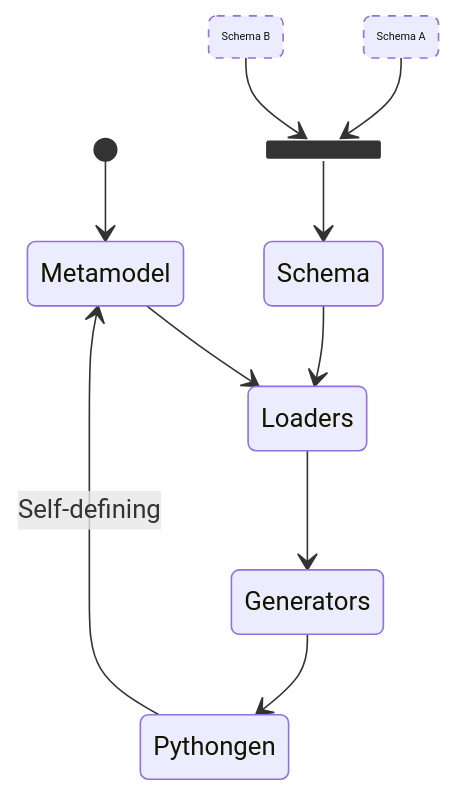
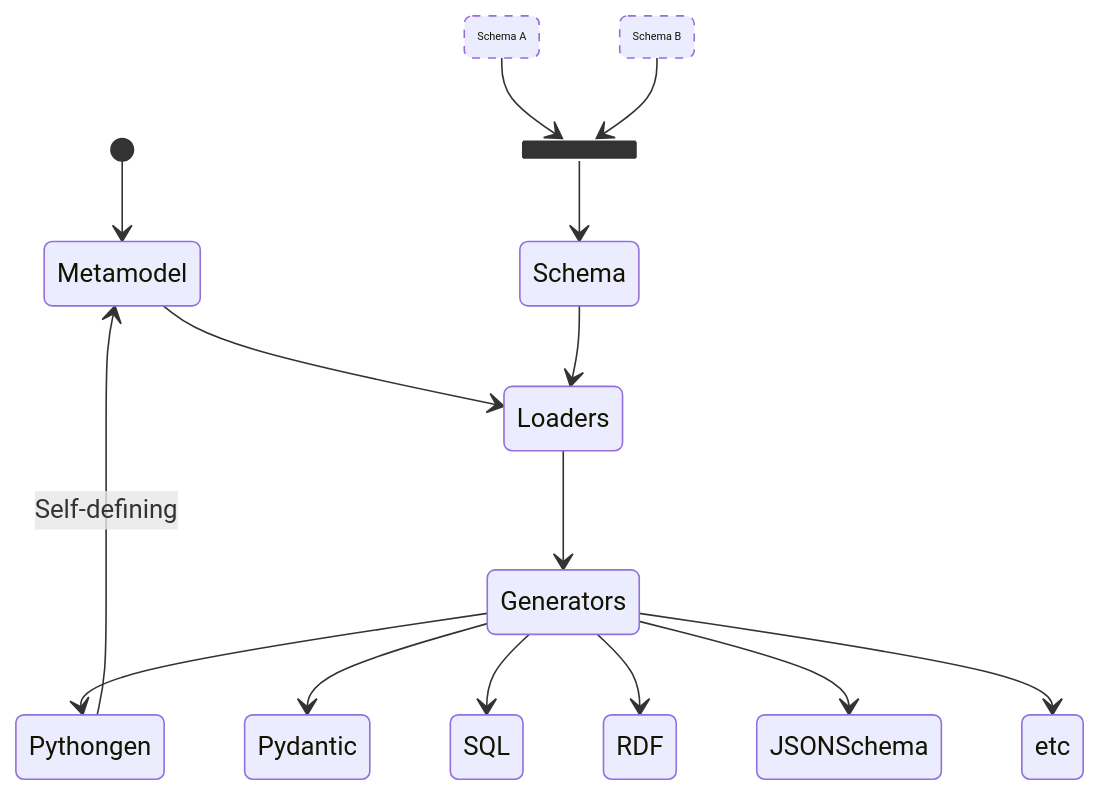
The diagram in src/2024-03-27_linkml-arrays/slides/linkml.md (sneakers-the-rat/slides), drawn with Mermaid before and after one commit. The commit also changed 4 other files, not shown here.

````diff
--- a/src/2024-03-27_linkml-arrays/slides/linkml.md
+++ b/src/2024-03-27_linkml-arrays/slides/linkml.md
@@ -9,22 +9,27 @@
 ```{mermaid}
 stateDiagram-v2
     classDef dotted stroke-dasharray:5,5,font-size:0.75em
 
 
     [*] --> Metamodel
     Metamodel --> Loaders
     Loaders --> Generators
     Schema --> Loaders
 
     state imports <<join>>
     scha: Schema A
     schb: Schema B
     scha --> imports
     schb --> imports
     imports --> Schema
     Generators --> Pythongen
+    Generators --> Pydantic
+    Generators --> SQL
+    Generators --> RDF
+    Generators --> JSONSchema
+    Generators --> etc
     Pythongen --> Metamodel: Self-defining
 
     class scha dotted
     class schb dotted
 ```
````
